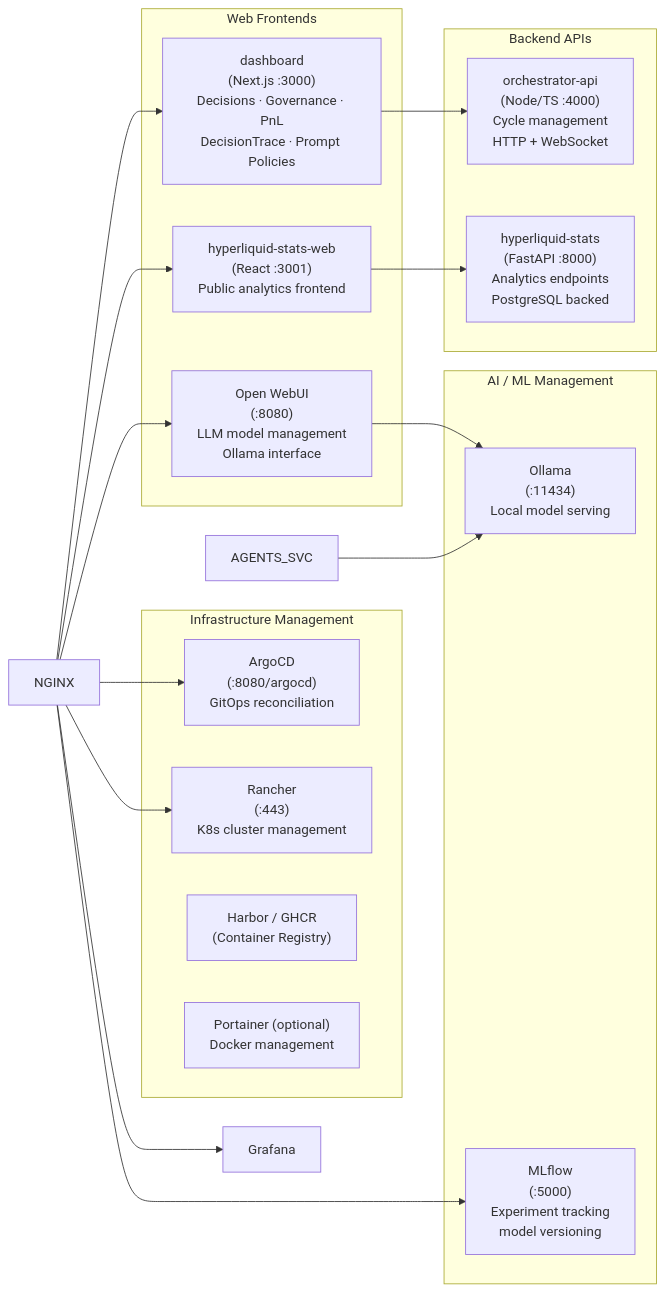
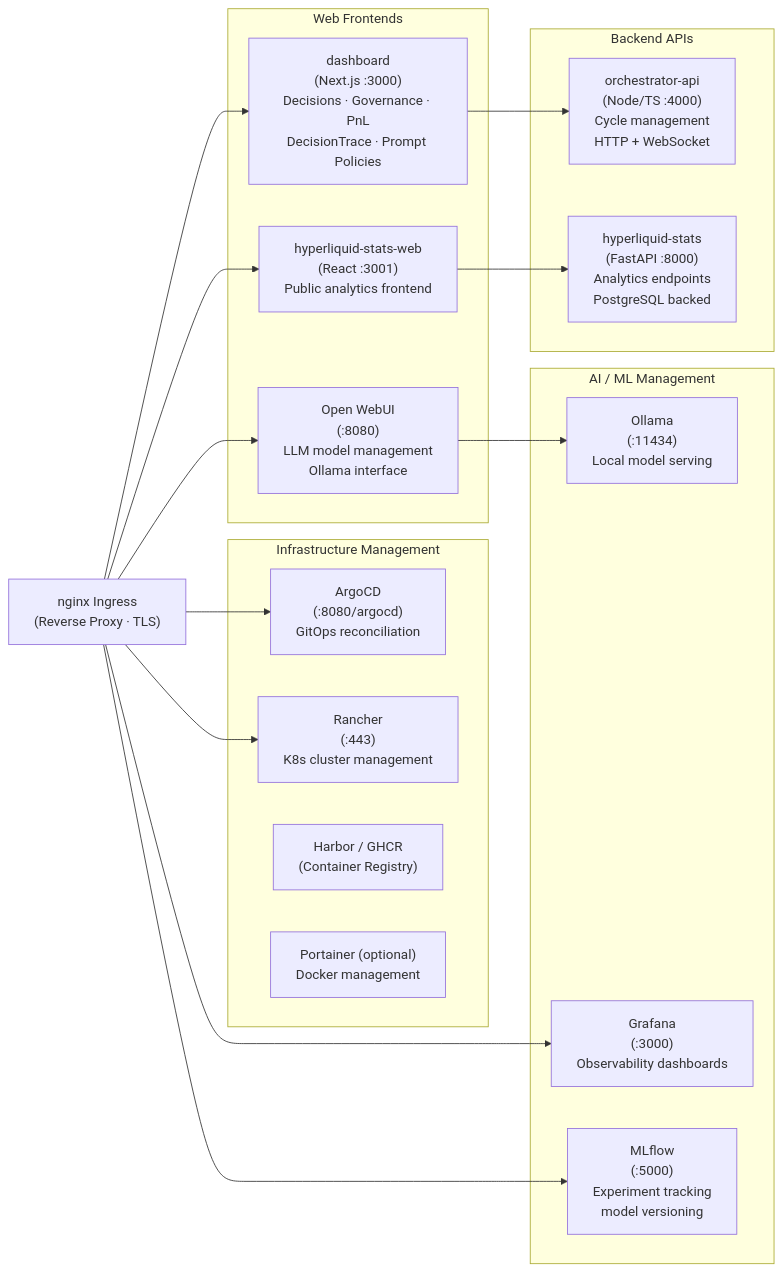
The fifth of 12 diagrams in docs/APP_INFRASTRUCTURE.md (enuno/hyperliquid-trading-firm), drawn with Mermaid before and after one commit. The commit also changed other lines of this file, not shown here.

First line of the commit message:
fix: resolve Mermaid rendering errors in 8 diagrams

````diff
--- a/docs/APP_INFRASTRUCTURE.md
+++ b/docs/APP_INFRASTRUCTURE.md
@@ -410,38 +424,40 @@
 ```mermaid
 graph LR
+    NGINX["nginx Ingress\n(Reverse Proxy · TLS)"]
+
     subgraph FRONTEND["Web Frontends"]
         DASH["dashboard\n(Next.js :3000)\nDecisions · Governance · PnL\nDecisionTrace · Prompt Policies"]
         HL_STATS_WEB["hyperliquid-stats-web\n(React :3001)\nPublic analytics frontend"]
         OPENWEBUI["Open WebUI\n(:8080)\nLLM model management\nOllama interface"]
     end
 
     subgraph BACKEND_SVC["Backend APIs"]
         HL_STATS_API["hyperliquid-stats\n(FastAPI :8000)\nAnalytics endpoints\nPostgreSQL backed"]
         ORCH_API["orchestrator-api\n(Node/TS :4000)\nCycle management\nHTTP + WebSocket"]
     end
 
     subgraph INFRA_MGMT["Infrastructure Management"]
         ARGOCD["ArgoCD\n(:8080/argocd)\nGitOps reconciliation"]
         RANCHER["Rancher\n(:443)\nK8s cluster management"]
         REGISTRY["Harbor / GHCR\n(Container Registry)"]
         PORTAINER["Portainer (optional)\nDocker management"]
     end
 
     subgraph AI_MGMT["AI / ML Management"]
         MLFLOW["MLflow\n(:5000)\nExperiment tracking\nmodel versioning"]
         OLLAMA_SVC["Ollama\n(:11434)\nLocal model serving"]
+        GRAFANA_SVC["Grafana\n(:3000)\nObservability dashboards"]
     end
 
     NGINX --> DASH
     NGINX --> HL_STATS_WEB
     NGINX --> OPENWEBUI
     NGINX --> ARGOCD
     NGINX --> RANCHER
-    NGINX --> GRAFANA_FWD["Grafana"]
+    NGINX --> GRAFANA_SVC
     NGINX --> MLFLOW
 
     DASH --> ORCH_API
     HL_STATS_WEB --> HL_STATS_API
     OPENWEBUI --> OLLAMA_SVC
-    AGENTS_SVC --> OLLAMA_SVC
 ```
````
